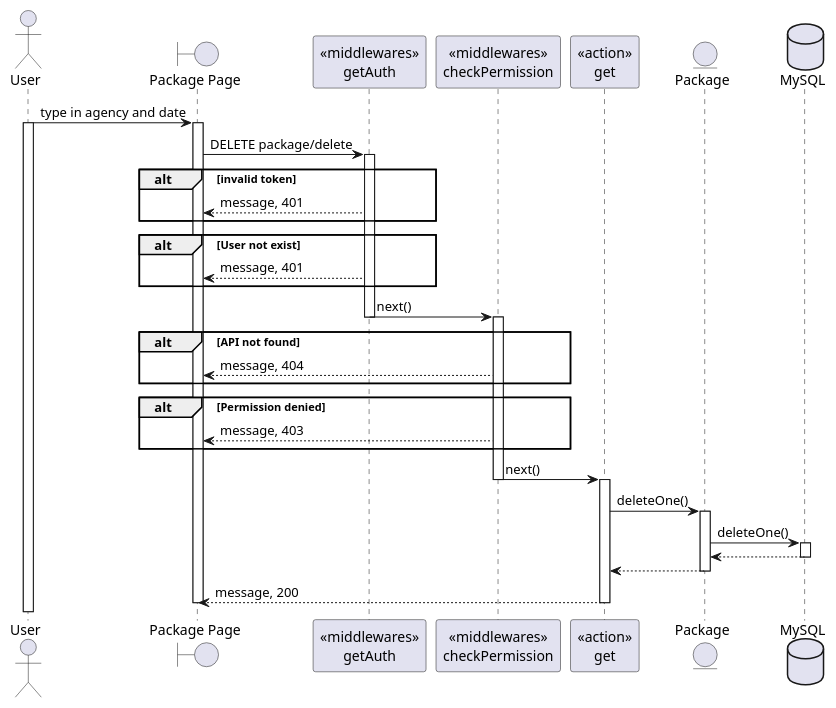
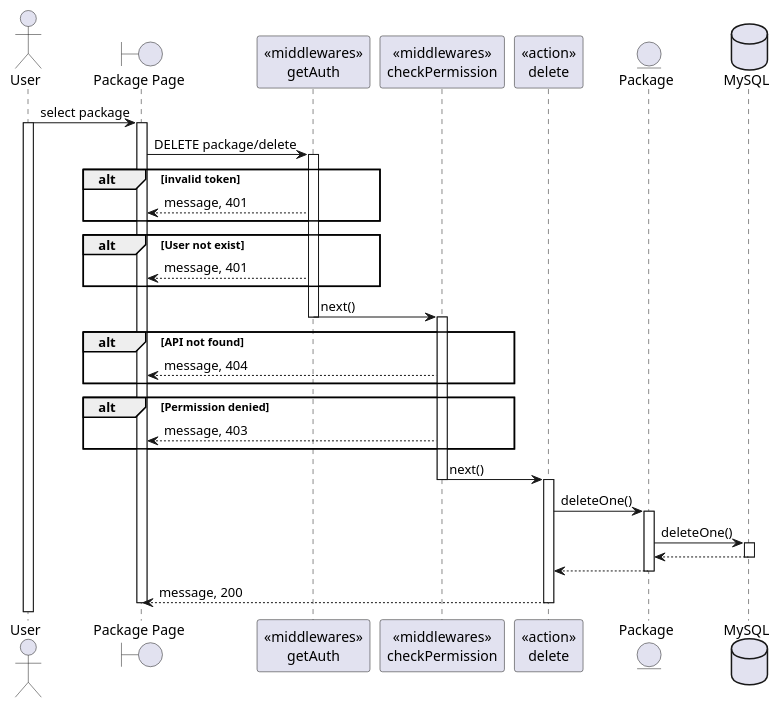
The diagram in SequeceDiagram/package/delete.wsd (BunnyButtpowder/TeleLink-Original), drawn with PlantUML before and after one commit. The commit also changed 16 other files, not shown here.

Commit message:
finish almost all sequence diagram

```diff
--- a/SequeceDiagram/package/delete.wsd
+++ b/SequeceDiagram/package/delete.wsd
@@ -1,52 +1,52 @@
 @startuml
 actor User
 boundary "Package Page" as Client
 participant "<<middlewares>>\ngetAuth" as mid1
 participant "<<middlewares>>\ncheckPermission" as mid2
-participant "<<action>>\nget" as Controller
+participant "<<action>>\ndelete" as Controller
 entity "Package" as Model
 database "MySQL" as DB
 
-User -> Client: type in agency and date
+User -> Client: select package
 activate User
 activate Client
 Client -> mid1: DELETE package/delete
 activate mid1
 alt invalid token
     mid1 --> Client: message, 401
 end
 alt User not exist
     mid1 --> Client: message, 401
 end
 mid1 -> mid2: next()
 deactivate mid1
 activate mid2
 alt API not found
     mid2 --> Client: message, 404
 end
 alt Permission denied
     mid2 --> Client: message, 403
 end
 mid2 -> Controller: next()
 deactivate mid2
 activate Controller
 Controller -> Model: deleteOne()
 activate Model
 Model -> DB: deleteOne()
 activate DB
 DB --> Model
 deactivate DB
 Model --> Controller
 deactivate Model
 Controller --> Client: message, 200
 deactivate Controller
 
 
 
 
 
 
 
 deactivate Client
 
 @enduml
```
